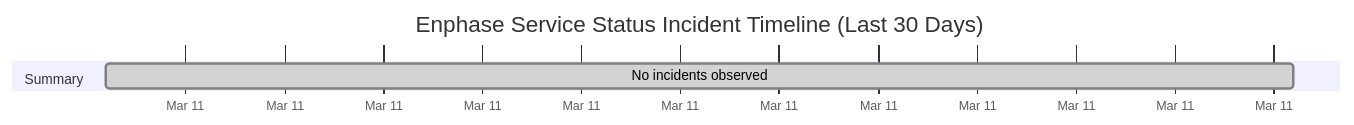
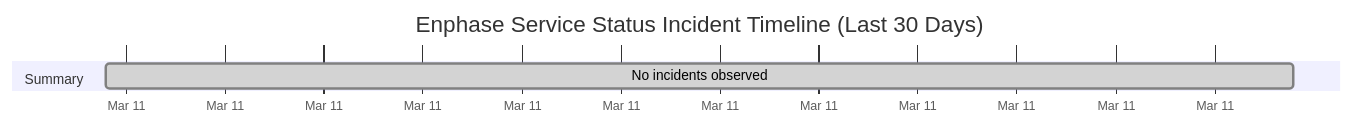
Before and after one commit to barneyonline/ha-enphase-ev-charger: the diagram in wiki/Service-Status-History.md, drawn with Mermaid. The commit also changed other lines of this file and 3 other files, not shown here.

````diff
--- a/wiki/Service-Status-History.md
+++ b/wiki/Service-Status-History.md
@@ -14,8 +14,8 @@
 ```mermaid
 gantt
     title Enphase Service Status Incident Timeline (Last 30 Days)
     dateFormat  YYYY-MM-DDTHH:mm:ss
     axisFormat  %b %d
     section Summary
-    No incidents observed :done, 2026-03-11T14:49:46, 1m
+    No incidents observed :done, 2026-03-11T15:38:44, 1m
 ```
````
